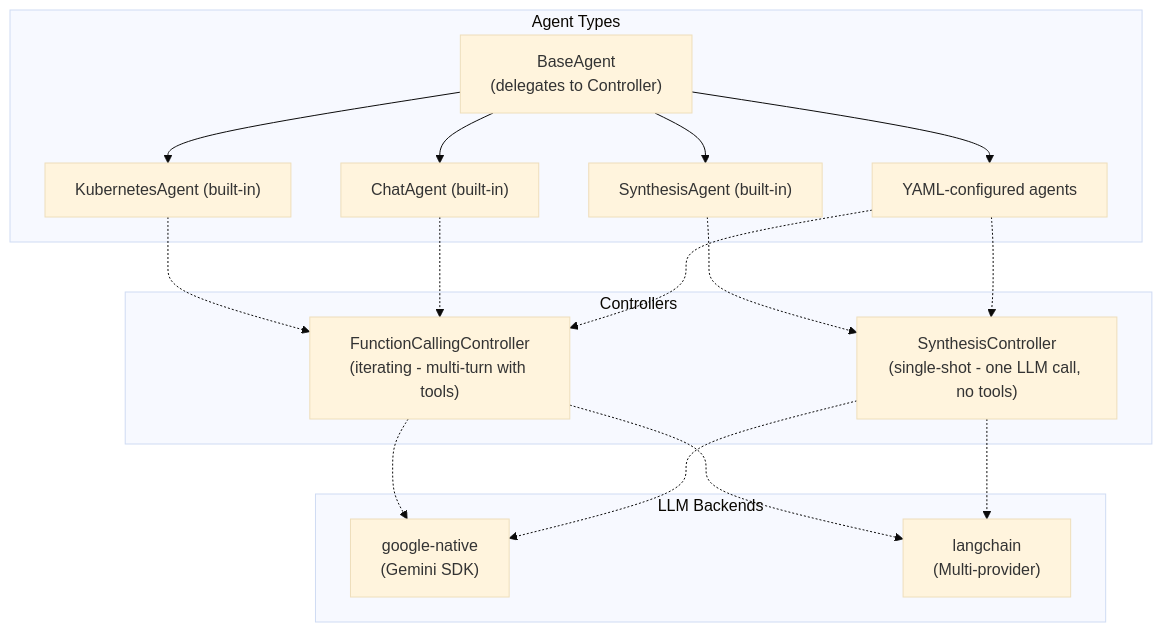
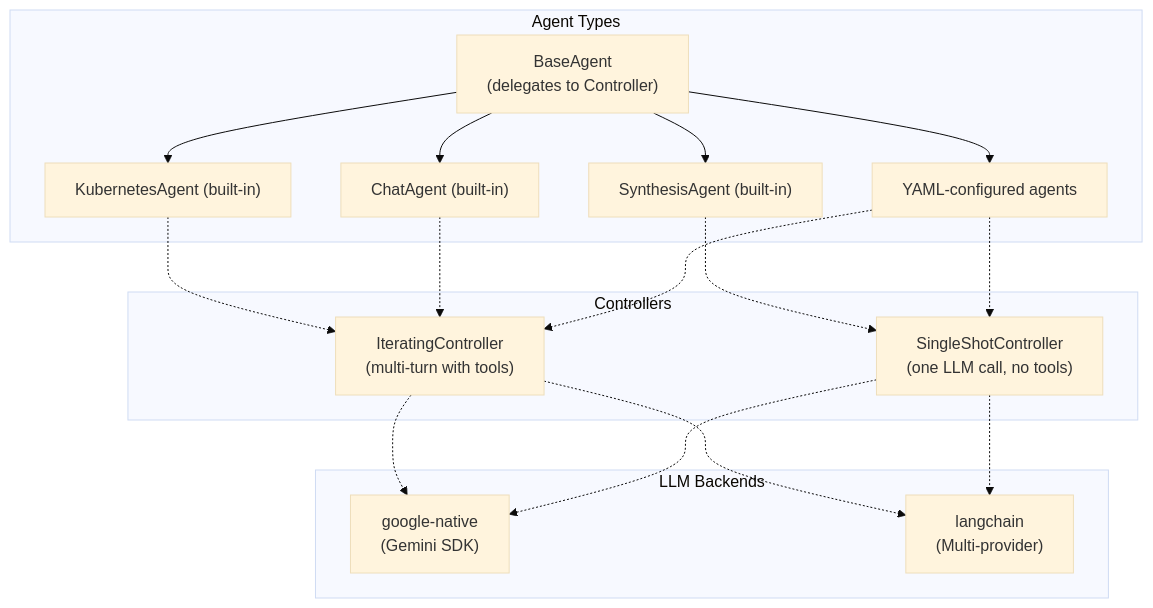
One commit to codeready-toolchain/tarsy changed the fourth of 9 diagrams in docs/functional-areas-design.md. Above: the diagram before and after it, drawn with Mermaid (base theme). The commit also changed other lines of this file and 10 other files, not shown here.

````diff
--- a/docs/functional-areas-design.md
+++ b/docs/functional-areas-design.md
@@ -360,36 +360,36 @@
 ```mermaid
 graph TB
     subgraph agentTypes [Agent Types]
         BA["BaseAgent<br/>(delegates to Controller)"]
         KA["KubernetesAgent (built-in)"]
         SA["SynthesisAgent (built-in)"]
         CA["ChatAgent (built-in)"]
         YA["YAML-configured agents"]
     end
 
     subgraph controllers [Controllers]
-        FC["FunctionCallingController<br/>(iterating - multi-turn with tools)"]
-        SC["SynthesisController<br/>(single-shot - one LLM call, no tools)"]
+        FC["IteratingController<br/>(multi-turn with tools)"]
+        SC["SingleShotController<br/>(one LLM call, no tools)"]
     end
 
     subgraph backends [LLM Backends]
         GN["google-native<br/>(Gemini SDK)"]
         LC["langchain<br/>(Multi-provider)"]
     end
 
     BA --> KA
     BA --> SA
     BA --> CA
     BA --> YA
 
     KA -.-> FC
     CA -.-> FC
     SA -.-> SC
     YA -.-> FC
     YA -.-> SC
 
     FC -.-> GN
     FC -.-> LC
     SC -.-> GN
     SC -.-> LC
 ```
````
